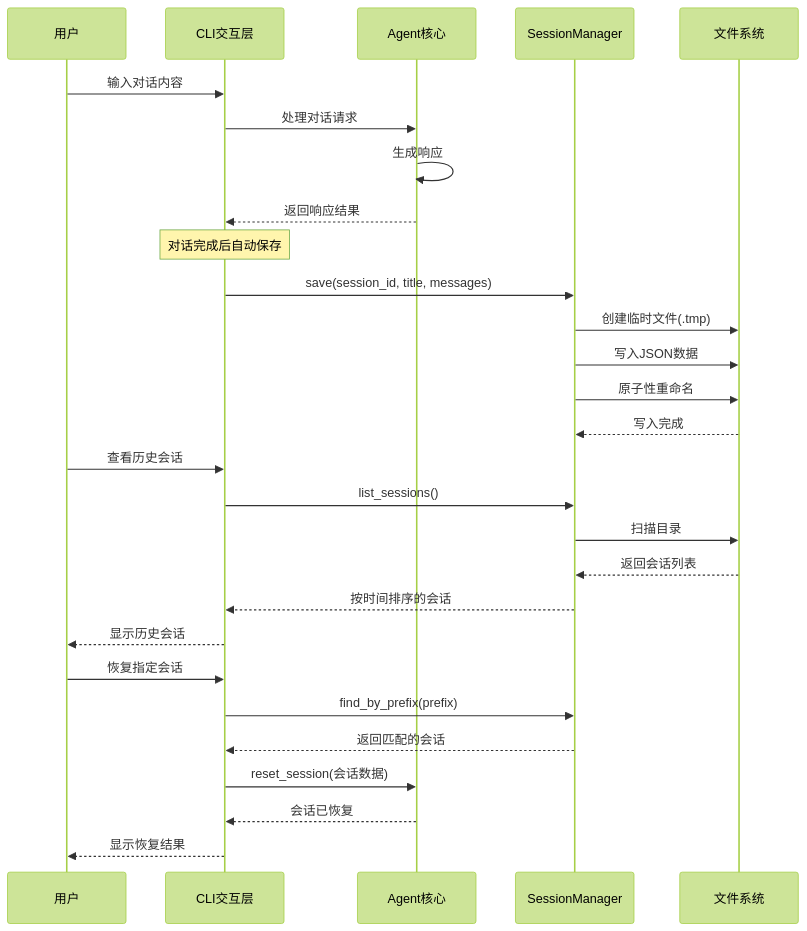
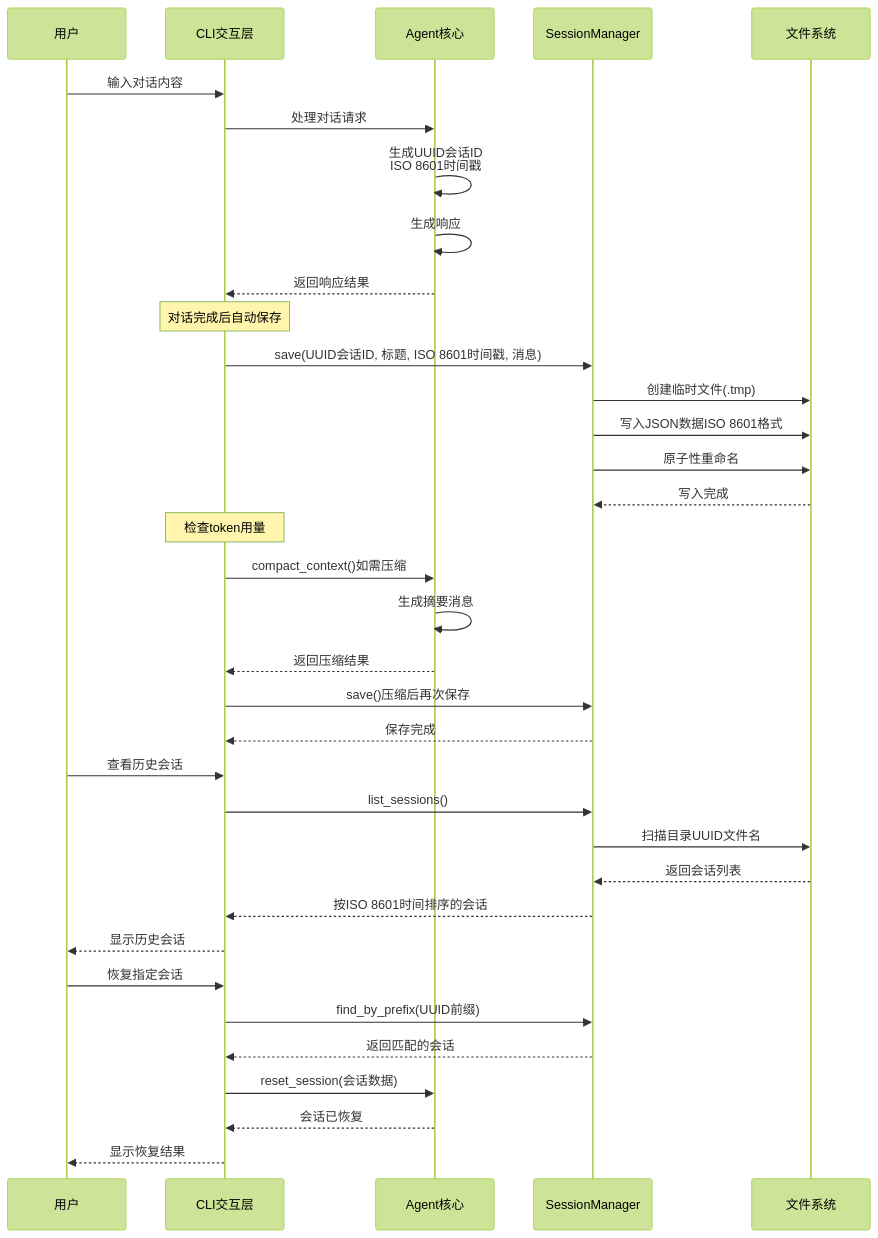
Before and after one commit to 250shiwo/MySmallAgent: the second of 9 diagrams in .qoder/repowiki/zh/content/核心模块详解/会话持久化系统.md, drawn with Mermaid (forest theme). The commit also changed other lines of this file and 41 other files, not shown here.

````diff
--- a/.qoder/repowiki/zh/content/核心模块详解/会话持久化系统.md
+++ b/.qoder/repowiki/zh/content/核心模块详解/会话持久化系统.md
@@ -104,30 +126,37 @@
 ```mermaid
 sequenceDiagram
 participant User as 用户
 participant CLI as CLI交互层
 participant Agent as Agent核心
 participant SessionMgr as SessionManager
 participant FS as 文件系统
 User->>CLI : 输入对话内容
 CLI->>Agent : 处理对话请求
+Agent->>Agent : 生成UUID会话ID<br/>ISO 8601时间戳
 Agent->>Agent : 生成响应
 Agent-->>CLI : 返回响应结果
 Note over CLI : 对话完成后自动保存
-CLI->>SessionMgr : save(session_id, title, messages)
+CLI->>SessionMgr : save(UUID会话ID, 标题, ISO 8601时间戳, 消息)
 SessionMgr->>FS : 创建临时文件(.tmp)
-SessionMgr->>FS : 写入JSON数据
+SessionMgr->>FS : 写入JSON数据ISO 8601格式
 SessionMgr->>FS : 原子性重命名
 FS-->>SessionMgr : 写入完成
+Note over CLI : 检查token用量
+CLI->>Agent : compact_context()如需压缩
+Agent->>Agent : 生成摘要消息
+Agent-->>CLI : 返回压缩结果
+CLI->>SessionMgr : save()压缩后再次保存
+SessionMgr-->>CLI : 保存完成
 User->>CLI : 查看历史会话
 CLI->>SessionMgr : list_sessions()
-SessionMgr->>FS : 扫描目录
+SessionMgr->>FS : 扫描目录UUID文件名
 FS-->>SessionMgr : 返回会话列表
-SessionMgr-->>CLI : 按时间排序的会话
+SessionMgr-->>CLI : 按ISO 8601时间排序的会话
 CLI-->>User : 显示历史会话
 User->>CLI : 恢复指定会话
-CLI->>SessionMgr : find_by_prefix(prefix)
+CLI->>SessionMgr : find_by_prefix(UUID前缀)
 SessionMgr-->>CLI : 返回匹配的会话
 CLI->>Agent : reset_session(会话数据)
 Agent-->>CLI : 会话已恢复
 CLI-->>User : 显示恢复结果
 ```
````
